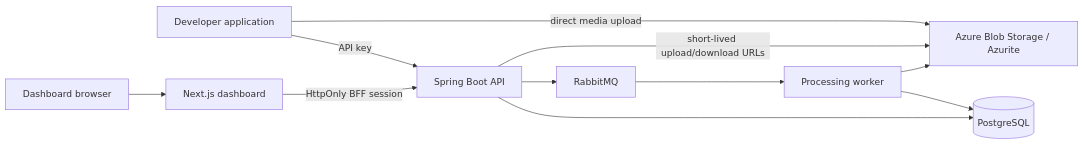
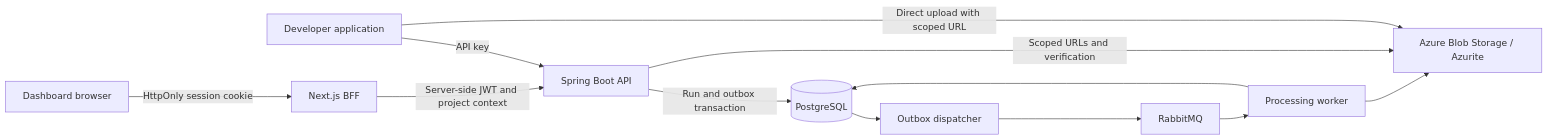
The diagram in README.md (sluice-hq/sluice), drawn with Mermaid before and after one commit. The commit also changed other lines of this file, not shown here.

Commit message:
docs(readme): refresh project documentation

````diff
--- a/README.md
+++ b/README.md
@@ -43,13 +25,14 @@
 ```mermaid
 flowchart LR
-    Dev[Developer application] -->|API key| API[Spring Boot API]
-    Browser[Dashboard browser] --> Dashboard[Next.js dashboard]
-    Dashboard -->|HttpOnly BFF session| API
-    API --> DB[(PostgreSQL)]
-    API --> Queue[RabbitMQ]
+    App[Developer application] -->|API key| API[Spring Boot API]
+    Browser[Dashboard browser] -->|HttpOnly session cookie| BFF[Next.js BFF]
+    BFF -->|Server-side JWT and project context| API
+    API -->|Run and outbox transaction| DB[(PostgreSQL)]
+    DB --> Dispatcher[Outbox dispatcher]
+    Dispatcher --> Queue[RabbitMQ]
     Queue --> Worker[Processing worker]
+    API -->|Scoped URLs and verification| Blob[Azure Blob Storage / Azurite]
+    App -->|Direct upload with scoped URL| Blob
+    Worker --> Blob
     Worker --> DB
-    API -->|short-lived upload/download URLs| Blob[Azure Blob Storage / Azurite]
-    Dev -->|direct media upload| Blob
-    Worker --> Blob
 ```
````
